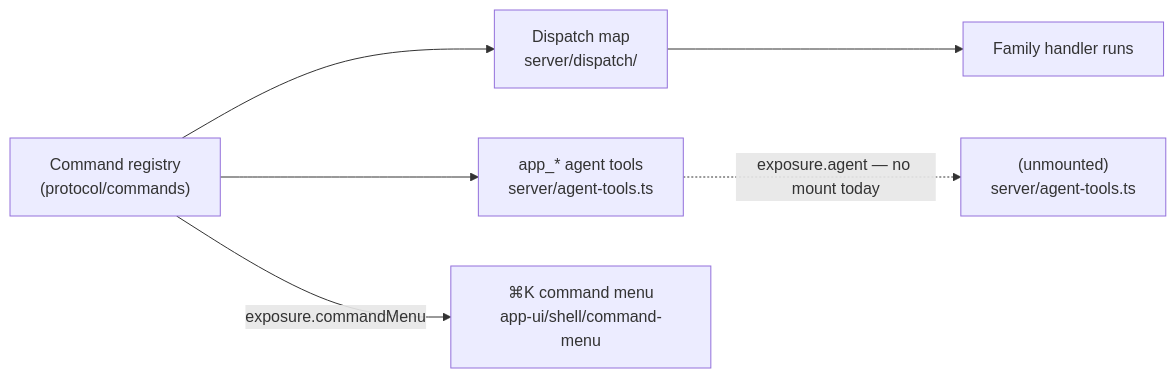
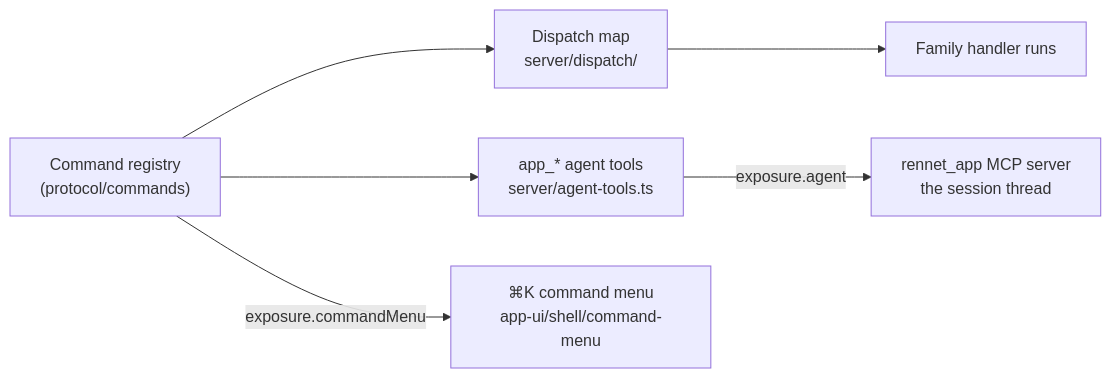
The third of 3 diagrams in docs/developing/concepts/surfacing-and-routing.md (rbutera/Rennet), drawn with Mermaid before and after one commit. The commit also changed other lines of this file and 1 other file, not shown here.

First line of the commit message:
docs(sweep): the app tools have a mount, and the thread can stage

````diff
--- a/docs/developing/concepts/surfacing-and-routing.md
+++ b/docs/developing/concepts/surfacing-and-routing.md
@@ -178,8 +178,8 @@
 ```mermaid
 flowchart LR
   registry["Command registry\n(protocol/commands)"] --> map["Dispatch map\nserver/dispatch/"]
   registry --> tools["app_* agent tools\nserver/agent-tools.ts"]
   registry -->|exposure.commandMenu| menu["⌘K command menu\napp-ui/shell/command-menu"]
   map --> handler["Family handler runs"]
-  tools -.->|exposure.agent — no mount today| turn["(unmounted)\nserver/agent-tools.ts"]
+  tools -->|exposure.agent| thread["rennet_app MCP server\nthe session thread"]
 ```
````
